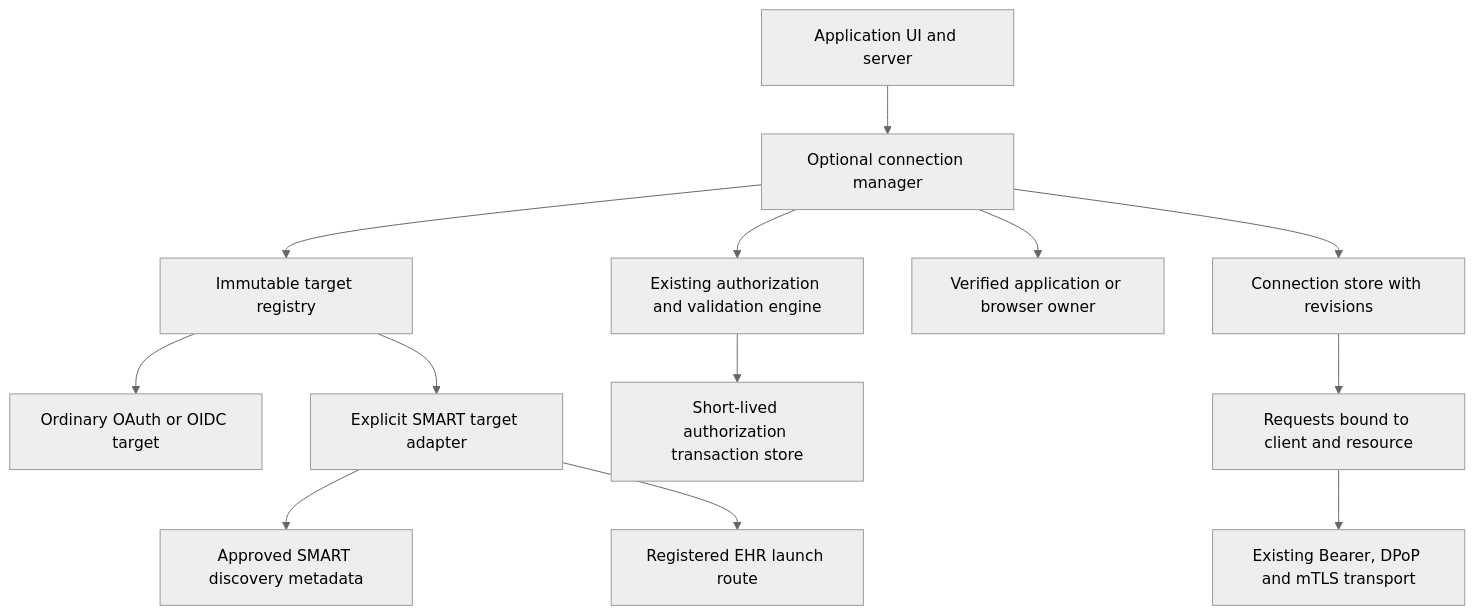
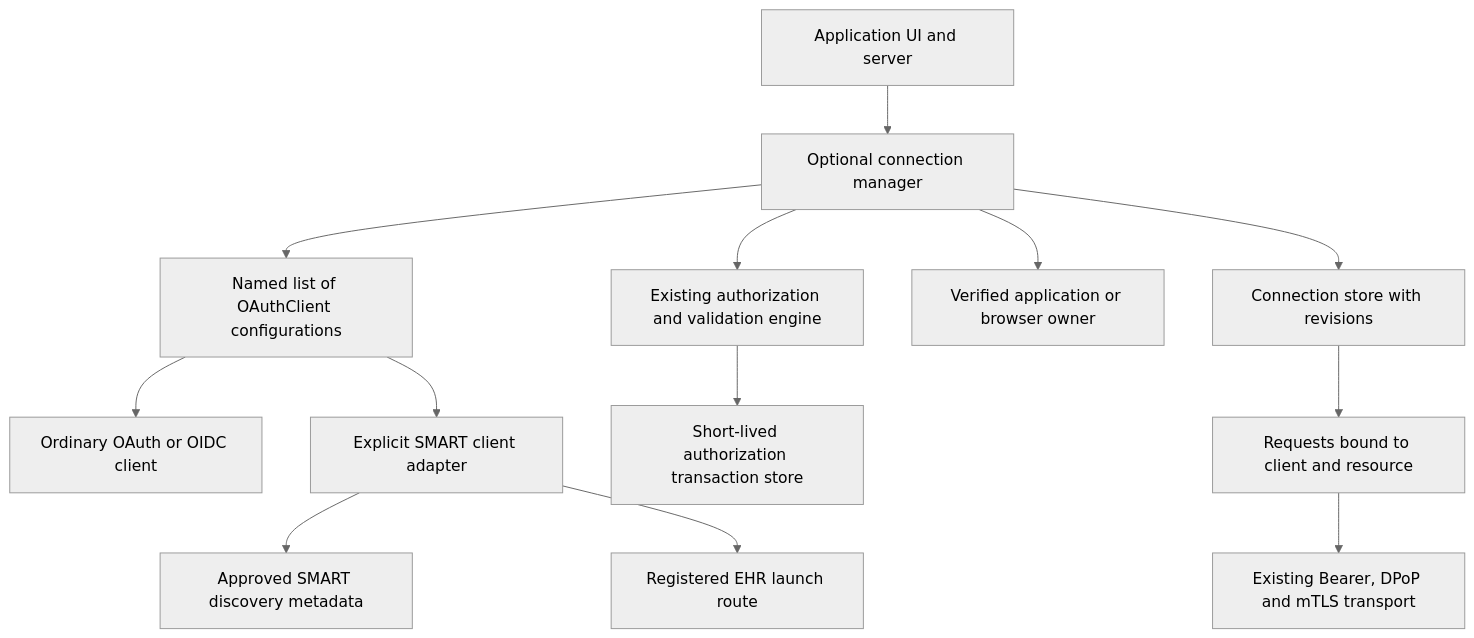
The first of 3 diagrams in playground/smart-fhir-roadmap.md (lukakoning/shinyOAuth), drawn with Mermaid (neutral theme) before and after one commit. The commit also changed other lines of this file and 70 other files, not shown here.

Commit message:
refactor: move connection configuration onto OAuthClient

````diff
--- a/playground/smart-fhir-roadmap.md
+++ b/playground/smart-fhir-roadmap.md
@@ -100,15 +114,15 @@
 ```mermaid
 flowchart TD
     App[Application UI and server] --> Manager[Optional connection manager]
-    Manager --> Target[Immutable target registry]
-    Target --> OAuth[Ordinary OAuth or OIDC target]
-    Target --> SMART[Explicit SMART target adapter]
+    Manager --> Client[Named list of OAuthClient configurations]
+    Client --> OAuth[Ordinary OAuth or OIDC client]
+    Client --> SMART[Explicit SMART client adapter]
     SMART --> Discovery[Approved SMART discovery metadata]
     SMART --> Launch[Registered EHR launch route]
     Manager --> Core[Existing authorization and validation engine]
     Core --> Pending[Short-lived authorization transaction store]
     Manager --> Owners[Verified application or browser owner]
     Manager --> Connections[Connection store with revisions]
     Connections --> Request[Requests bound to client and resource]
     Request --> Transport[Existing Bearer, DPoP and mTLS transport]
 ```
````
